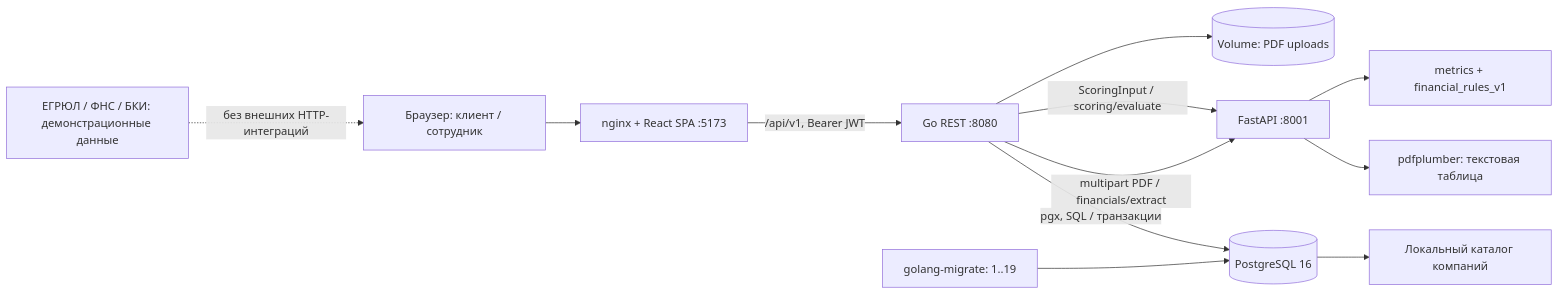
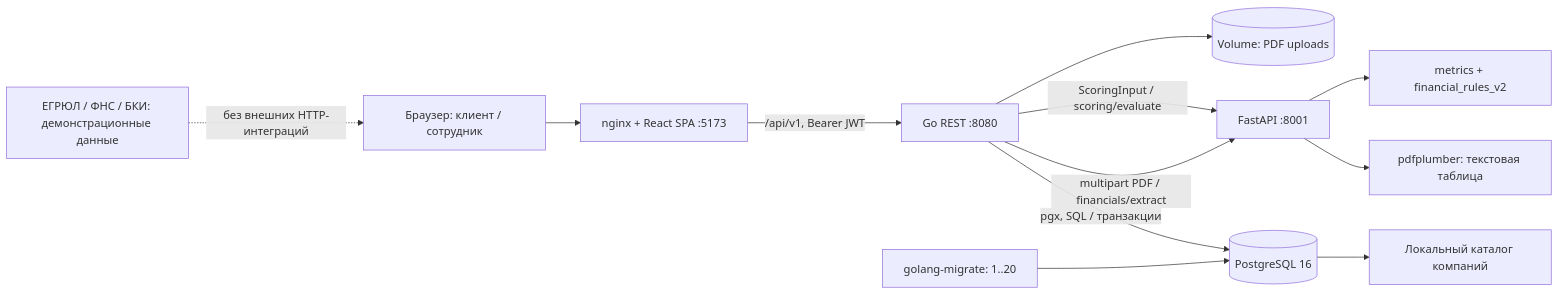
The diagram in docs/ARCHITECTURE.md (qu0ta/AlphaHub), drawn with Mermaid before and after one commit. The commit also changed 18 other files, not shown here.

````diff
--- a/docs/ARCHITECTURE.md
+++ b/docs/ARCHITECTURE.md
@@ -3,14 +3,14 @@
 ```mermaid
 flowchart LR
   Browser[Браузер: клиент / сотрудник] --> Web[nginx + React SPA :5173]
   Web -->|/api/v1, Bearer JWT| Go[Go REST :8080]
   Go -->|pgx, SQL / транзакции| DB[(PostgreSQL 16)]
   Go -->|multipart PDF / financials/extract| DS[FastAPI :8001]
   Go -->|ScoringInput / scoring/evaluate| DS
   Go --> Files[(Volume: PDF uploads)]
   DS --> Parser[pdfplumber: текстовая таблица]
-  DS --> Rules[metrics + financial_rules_v1]
-  Migrate[golang-migrate: 1..19] --> DB
+  DS --> Rules[metrics + financial_rules_v2]
+  Migrate[golang-migrate: 1..20] --> DB
   DB --> Registry[Локальный каталог компаний]
   Demo[ЕГРЮЛ / ФНС / БКИ: демонстрационные данные] -. без внешних HTTP-интеграций .-> Browser
 ```
````
